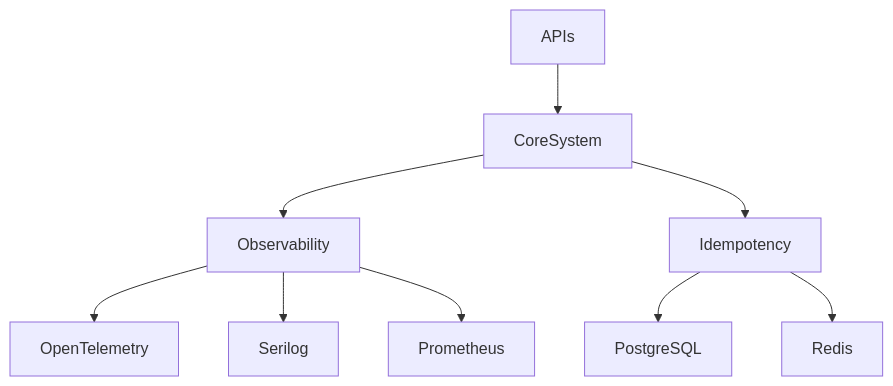
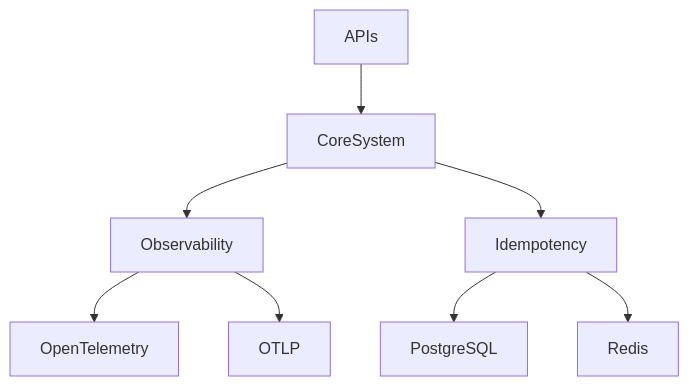
The diagram in README.md (FEDERIN/CoreSystem), drawn with Mermaid before and after one commit. The commit also changed other lines of this file and 6 other files, not shown here.

````diff
--- a/README.md
+++ b/README.md
@@ -49,15 +85,14 @@
 ```mermaid
 graph TD
 
     APIs --> CoreSystem
 
     CoreSystem --> Observability
     CoreSystem --> Idempotency
 
     Observability --> OpenTelemetry
-    Observability --> Serilog
-    Observability --> Prometheus
+    Observability --> OTLP
 
     Idempotency --> PostgreSQL
     Idempotency --> Redis
 ```
````
